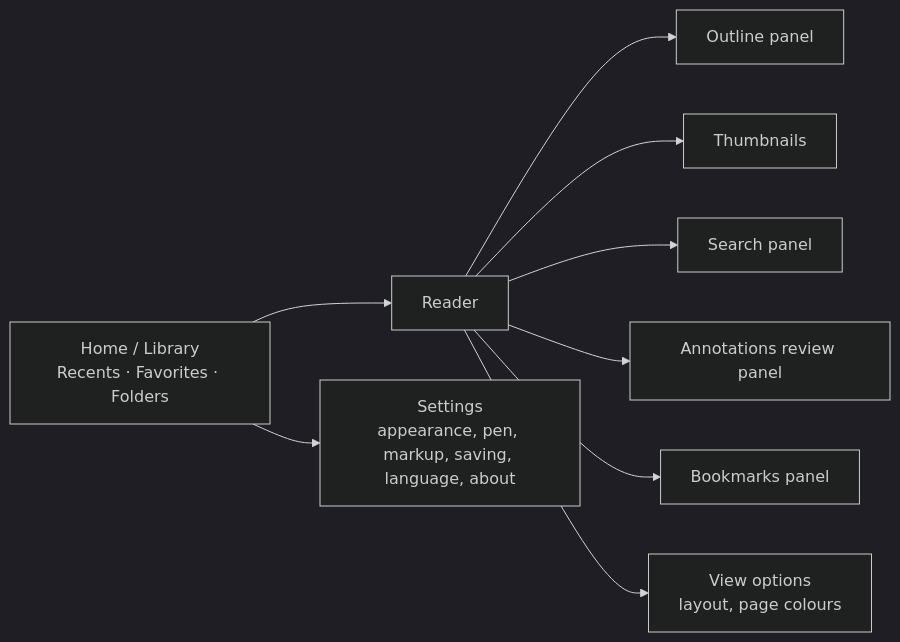
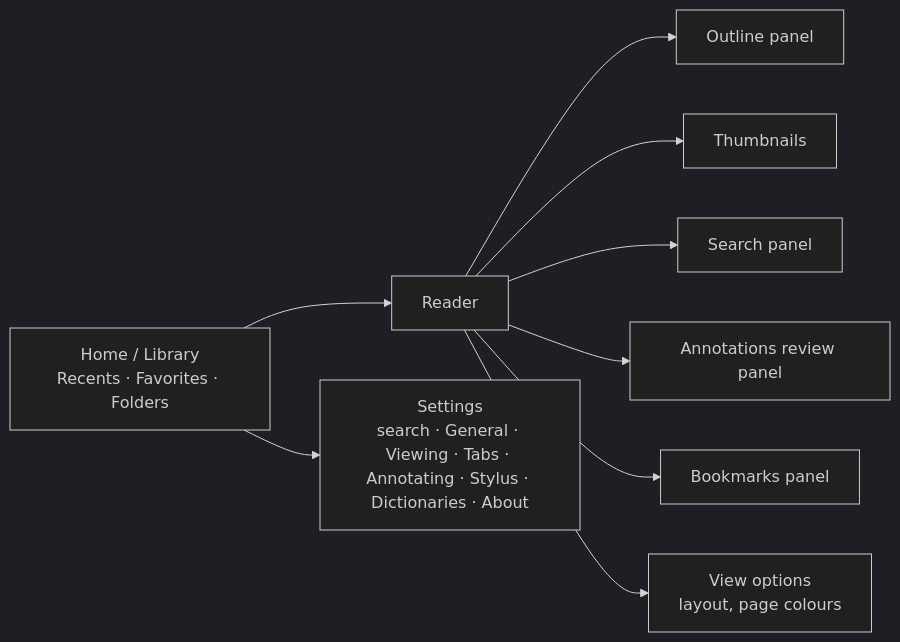
Before and after one commit to Frerol/doxa-pdf: the diagram in docs/plan/05-ux-design.md, drawn with Mermaid (dark theme). The commit also changed other lines of this file, not shown here.

First line of the commit message:
docs(ux): reader navigation, chrome, zoom, view options and settings (#80) (#101)

````diff
--- a/docs/plan/05-ux-design.md
+++ b/docs/plan/05-ux-design.md
@@ -12,11 +12,11 @@
 ```mermaid
 flowchart LR
   Home[Home / Library<br/>Recents · Favorites · Folders] --> Reader
   Reader[Reader] --> Outline[Outline panel]
   Reader --> Thumbs[Thumbnails]
   Reader --> Search[Search panel]
   Reader --> Review[Annotations review panel]
   Reader --> Bookmarks[Bookmarks panel]
   Reader --> ViewOptions[View options<br/>layout, page colours]
-  Home --> Settings[Settings<br/>appearance, pen, markup, saving, language, about]
+  Home --> Settings[Settings<br/>search · General · Viewing · Tabs · Annotating · Stylus · Dictionaries · About]
 ```
````
